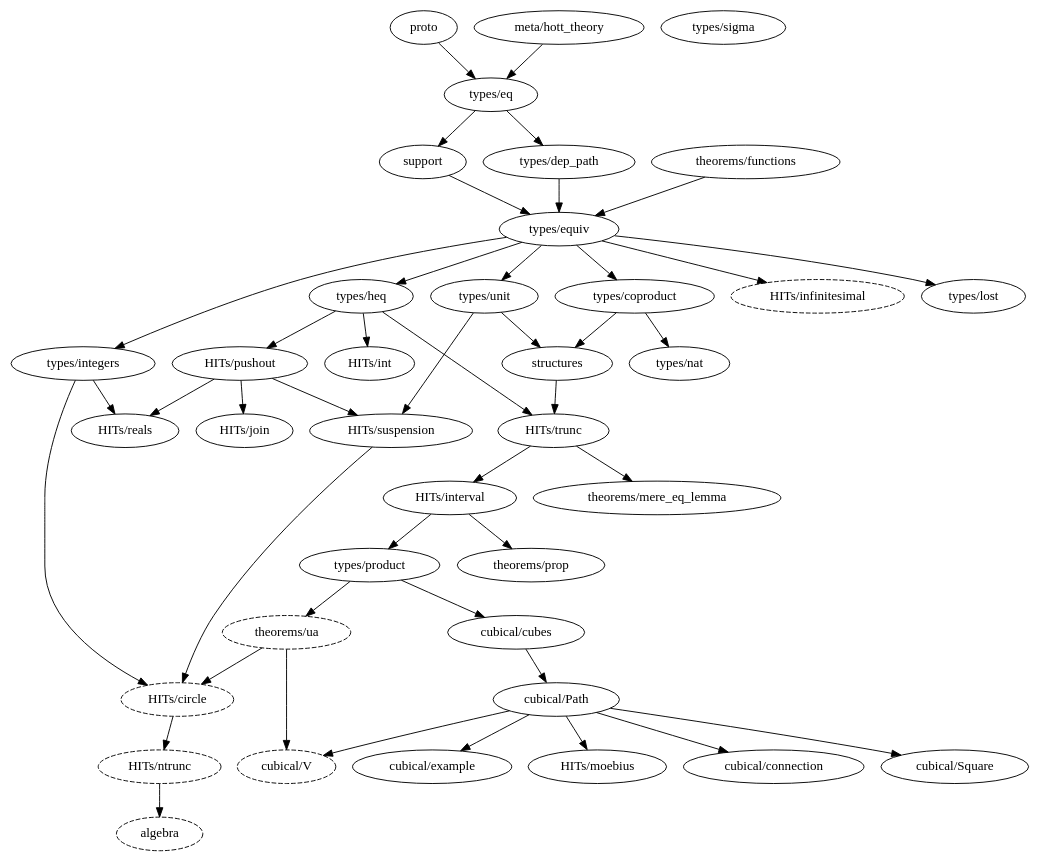
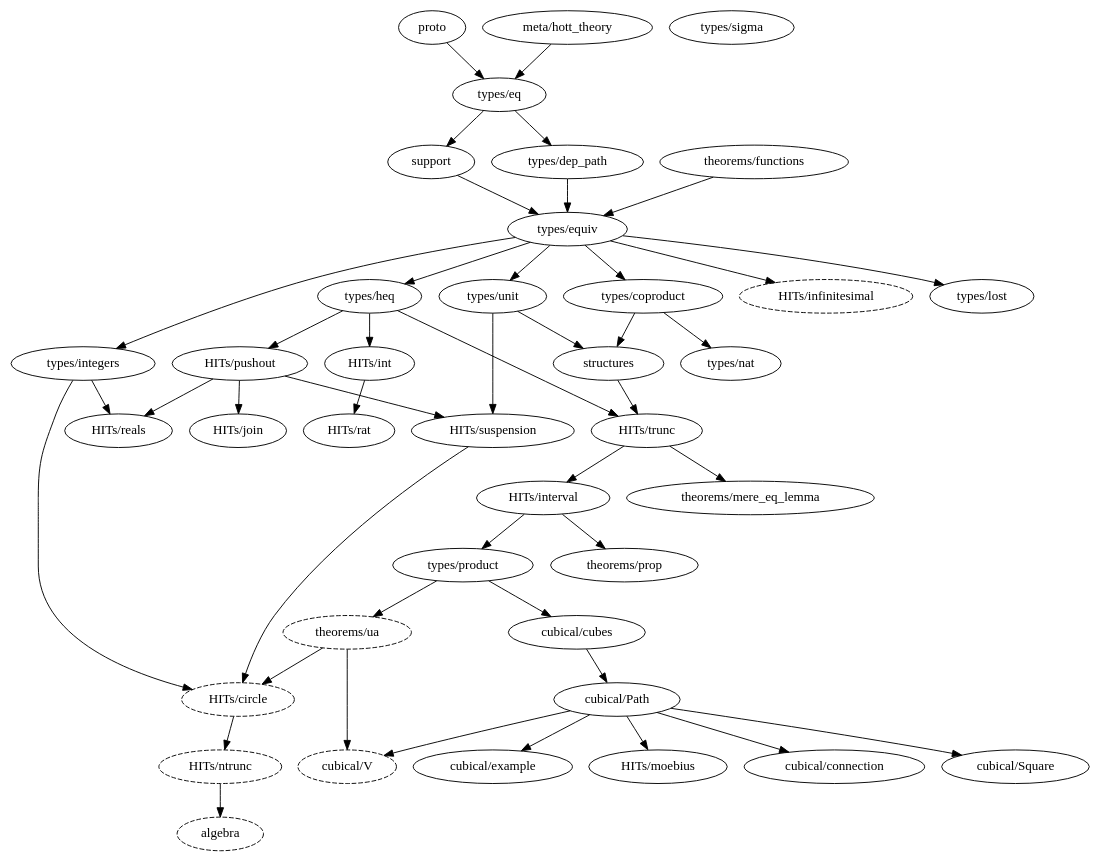
One commit to forked-from-1kasper/ground_zero changed the diagram in dependency_map.gv. Above: the diagram before and after it, drawn with Graphviz. The commit also changed 3 other files, not shown here.

```diff
--- a/dependency_map.gv
+++ b/dependency_map.gv
@@ -1,79 +1,81 @@
 digraph dependency_map {
   proto -> "types/eq"
   "meta/hott_theory" -> "types/eq"
 
   algebra [style=dashed]
   "HITs/ntrunc" -> algebra
 
   "HITs/circle" [style=dashed]
   "types/integers" -> "HITs/circle"
   "HITs/suspension" -> "HITs/circle"
   "theorems/ua" -> "HITs/circle"
 
   "HITs/infinitesimal" [style=dashed]
   "types/equiv" -> "HITs/infinitesimal"
 
   "types/equiv" -> "types/coproduct"
   "types/eq" -> "types/dep_path"
 
   "cubical/Path" -> "cubical/connection"
   "types/product" -> "cubical/cubes"
   "cubical/cubes" -> "cubical/Path"
   "cubical/Path" -> "cubical/Square"
   "cubical/Path" -> "cubical/example"
 
   "cubical/V" [style=dashed]
   "theorems/ua" -> "cubical/V"
   "cubical/Path" -> "cubical/V"
 
   "types/equiv" -> "types/heq"
   "types/equiv" -> "types/integers"
 
   "types/dep_path" -> "types/equiv"
   support -> "types/equiv"
   "theorems/functions" -> "types/equiv"
 
   "types/heq" -> "HITs/int"
 
   "HITs/trunc" -> "HITs/interval"
 
   "HITs/pushout" -> "HITs/join"
 
   "cubical/Path" -> "HITs/moebius"
 
   "HITs/trunc" -> "theorems/mere_eq_lemma"
 
   "HITs/ntrunc" [style=dashed]
   "HITs/circle" -> "HITs/ntrunc"
 
   "HITs/interval" -> "types/product"
 
   "HITs/interval" -> "theorems/prop"
 
   "types/heq" -> "HITs/pushout"
 
+  "HITs/int" -> "HITs/rat"
+
   "HITs/pushout" -> "HITs/reals"
   "types/integers" -> "HITs/reals"
 
   "types/unit" -> structures
   "types/coproduct" -> structures
 
   "types/eq" -> support
 
   "HITs/pushout" -> "HITs/suspension"
   "types/unit" -> "HITs/suspension"
 
   structures -> "HITs/trunc"
   "types/heq" -> "HITs/trunc"
 
   "theorems/ua" [style=dashed]
   "types/product" -> "theorems/ua"
 
   "types/equiv" -> "types/unit"
 
   "types/coproduct" -> "types/nat"
 
   "types/equiv" -> "types/lost"
 
   "types/sigma"
 }
```
